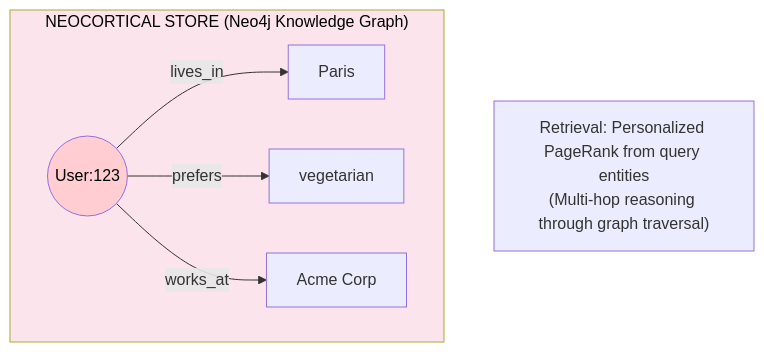
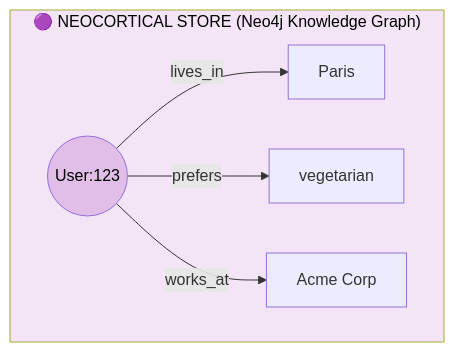
One commit to avinash-mall/CognitiveMemoryLayer changed the fifth of 9 diagrams in README.md. Above: the diagram before and after it, drawn with Mermaid. The commit also changed other lines of this file and 31 other files, not shown here.

Commit message:
fix: mermaid text visibility and quote formatting

````diff
--- a/README.md
+++ b/README.md
@@ -221,12 +269,11 @@
 ```mermaid
 flowchart TB
-    subgraph Neo2["NEOCORTICAL STORE (Neo4j Knowledge Graph)"]
+    subgraph Neo2["🟣 NEOCORTICAL STORE (Neo4j Knowledge Graph)"]
         user(("User:123"))
         user -->|lives_in| paris["Paris"]
         user -->|prefers| veg["vegetarian"]
         user -->|works_at| acme["Acme Corp"]
     end
-    ppr["Retrieval: Personalized PageRank from query entities<br/>(Multi-hop reasoning through graph traversal)"]
-    style Neo2 fill:#fce4ec,color:#000
-    style user fill:#ffcdd2,color:#000
+    style Neo2 fill:#f3e5f5,color:#000
+    style user fill:#e1bee7,color:#000
 ```
````
